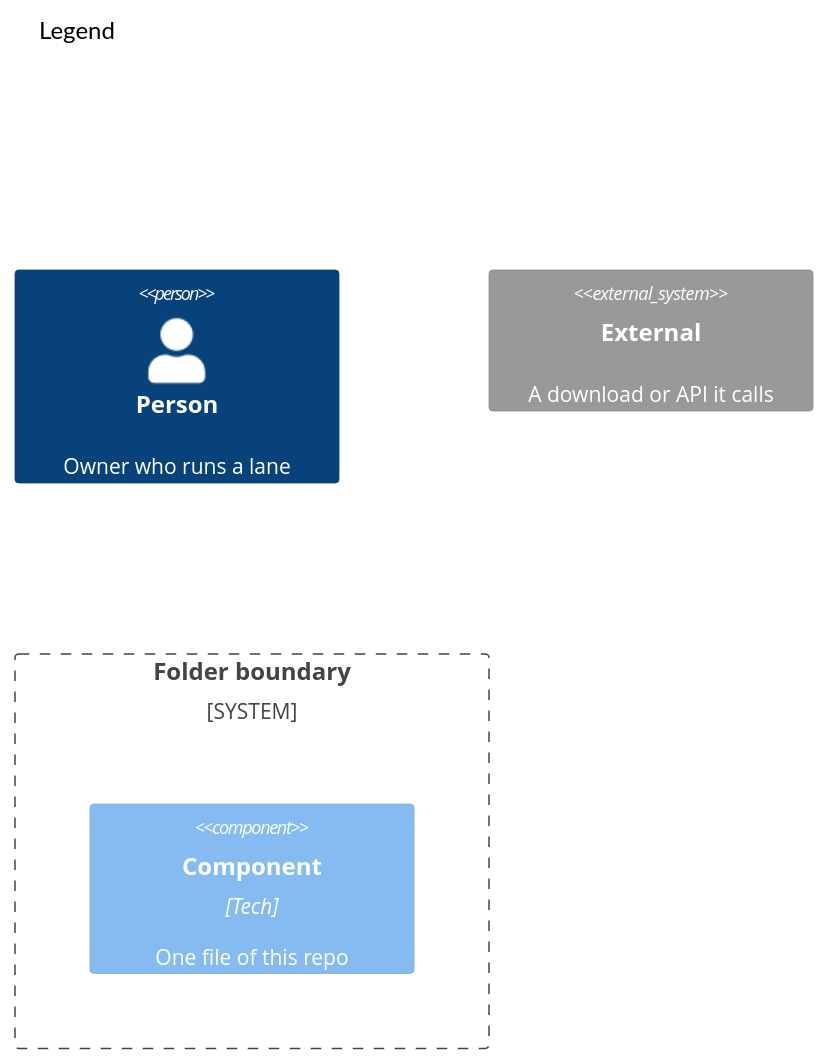
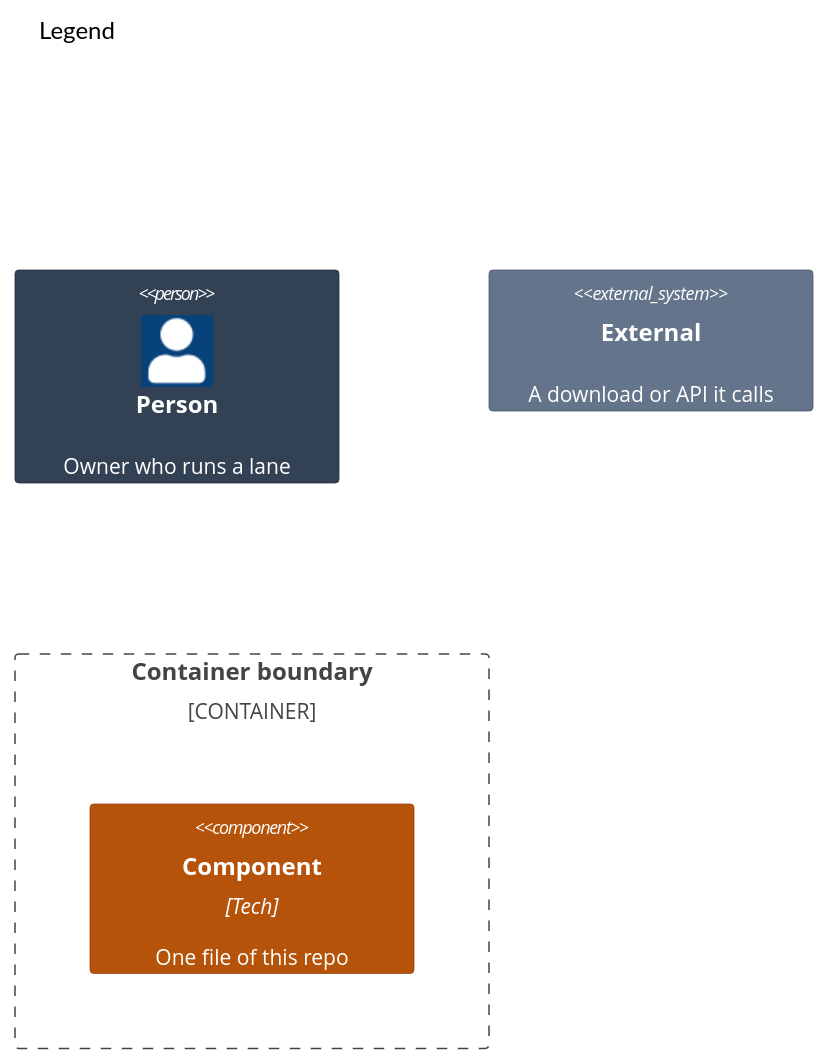
The second of 2 diagrams in docs/architecture/03-components.md (may-journal/xcode-tooling), drawn with Mermaid (neutral theme) before and after one commit. The commit also changed other lines of this file and 5 other files, not shown here.

First line of the commit message:
docs(architecture): bring the views to the per-level form and palette (#7)

````diff
--- a/docs/architecture/03-components.md
+++ b/docs/architecture/03-components.md
@@ -31,10 +37,14 @@
 ```mermaid
 C4Component
     title Legend
 
     Person(human, "Person", "Owner who runs a lane")
-    System_Boundary(area, "Folder boundary") {
+    Container_Boundary(area, "Container boundary") {
         Component(part, "Component", "Tech", "One file of this repo")
     }
     System_Ext(remote, "External", "A download or API it calls")
+
+    UpdateElementStyle(human, $bgColor="#334155", $borderColor="#1e293b", $fontColor="#ffffff")
+    UpdateElementStyle(part, $bgColor="#b45309", $borderColor="#92400e", $fontColor="#ffffff")
+    UpdateElementStyle(remote, $bgColor="#64748b", $borderColor="#475569", $fontColor="#ffffff")
 ```
````
